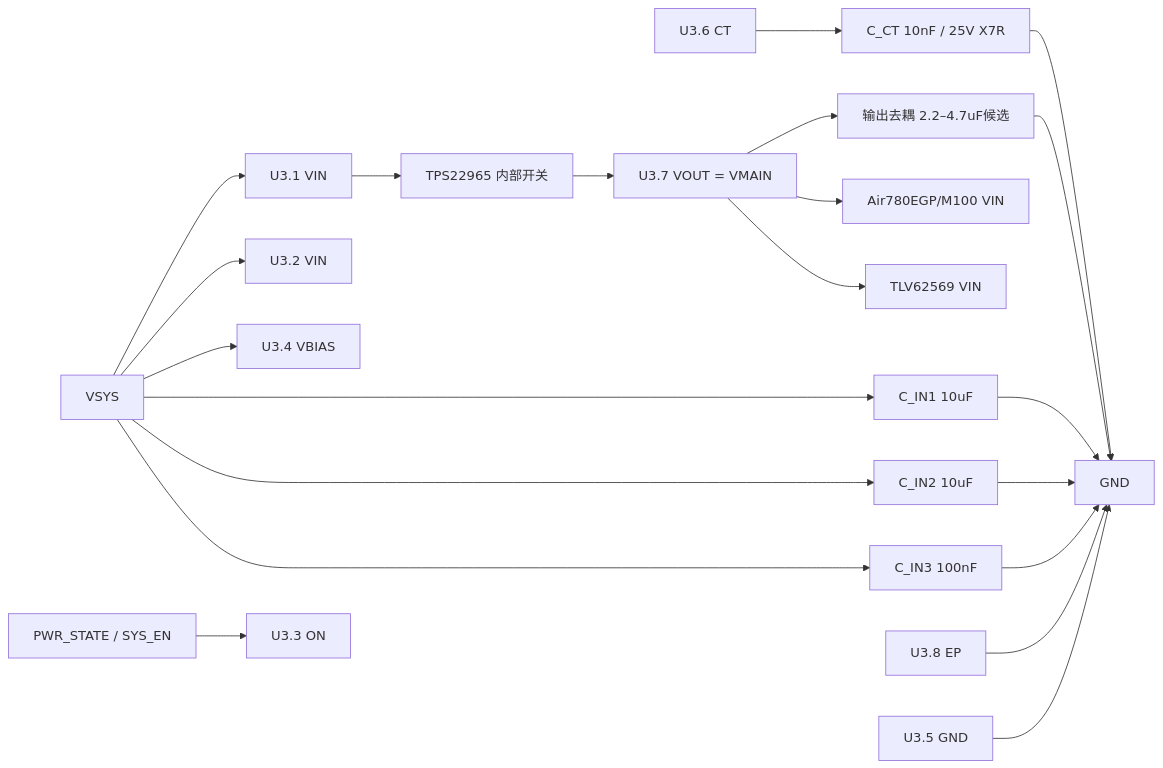
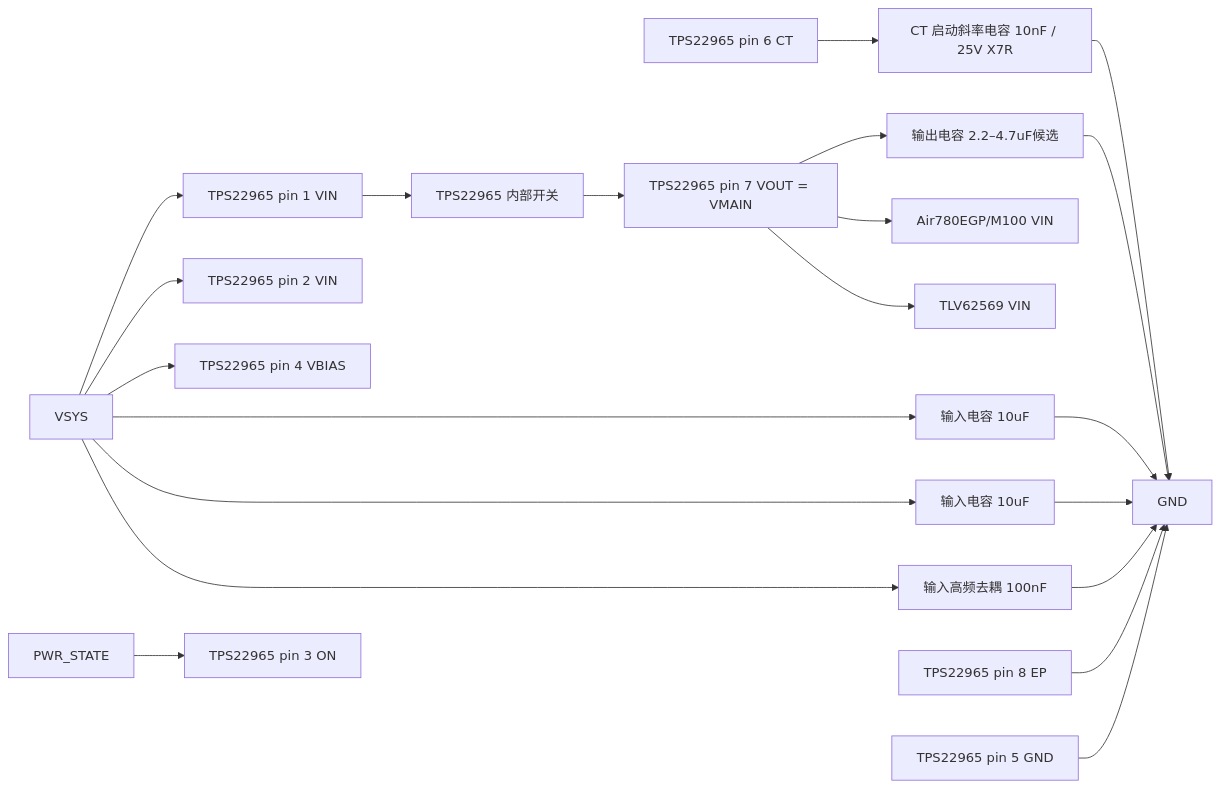
The diagram in docs/hardware/外围电路设计/TPS22965DSGR外围电路设计与接线.md (zhanghongchen1213/Electronic_Wooden_Fish), drawn with Mermaid before and after one commit. The commit also changed other lines of this file and 28 other files, not shown here.

````diff
--- a/docs/hardware/外围电路设计/TPS22965DSGR外围电路设计与接线.md
+++ b/docs/hardware/外围电路设计/TPS22965DSGR外围电路设计与接线.md
@@ -34,22 +36,22 @@
 ```mermaid
 flowchart LR
-  VSYS[VSYS] --> VIN1[U3.1 VIN]
-  VSYS --> VIN2[U3.2 VIN]
-  VSYS --> VBIAS[U3.4 VBIAS]
-  VSYS --> CIN1[C_IN1 10uF]
-  VSYS --> CIN2[C_IN2 10uF]
-  VSYS --> CIN3[C_IN3 100nF]
+  VSYS[VSYS] --> VIN1[TPS22965 pin 1 VIN]
+  VSYS --> VIN2[TPS22965 pin 2 VIN]
+  VSYS --> VBIAS[TPS22965 pin 4 VBIAS]
+  VSYS --> CIN1[输入电容 10uF]
+  VSYS --> CIN2[输入电容 10uF]
+  VSYS --> CIN3[输入高频去耦 100nF]
   CIN1 --> GND[GND]
   CIN2 --> GND
   CIN3 --> GND
-  PWR[PWR_STATE / SYS_EN] --> ON[U3.3 ON]
-  CT[U3.6 CT] --> CCT[C_CT 10nF / 25V X7R] --> GND
+  PWR[PWR_STATE] --> ON[TPS22965 pin 3 ON]
+  CT[TPS22965 pin 6 CT] --> CCT[CT 启动斜率电容 10nF / 25V X7R] --> GND
   VIN1 --> SW[TPS22965 内部开关]
-  SW --> VOUT[U3.7 VOUT = VMAIN]
-  VOUT --> COUT[输出去耦 2.2–4.7uF候选]
+  SW --> VOUT[TPS22965 pin 7 VOUT = VMAIN]
+  VOUT --> COUT[输出电容 2.2–4.7uF候选]
   COUT --> GND
   VOUT --> MODEM[Air780EGP/M100 VIN]
   VOUT --> BUCK[TLV62569 VIN]
-  U3EP[U3.8 EP] --> GND
-  U3G[U3.5 GND] --> GND
+  EPPIN[TPS22965 pin 8 EP] --> GND
+  GNDPIN[TPS22965 pin 5 GND] --> GND
 ```
````
